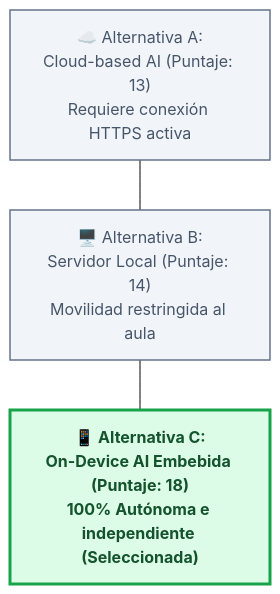
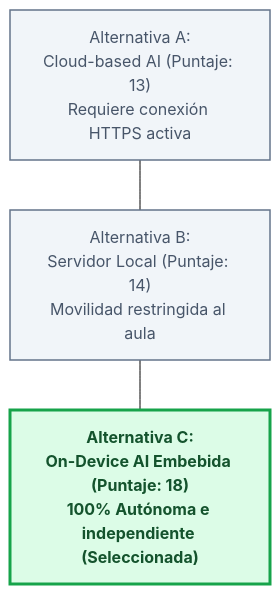
Before and after one commit to jhanslarico11/Perfil-de-Egreso: the third of 4 diagrams in docs/ChristianRafaelMamaniCallata/entregable2.md, drawn with Mermaid (forest theme). The commit also changed other lines of this file and 4 other files, not shown here.

Commit message:
Remocion de emojis de los diagramas Mermaid para una apariencia academica limpia

````diff
--- a/docs/ChristianRafaelMamaniCallata/entregable2.md
+++ b/docs/ChristianRafaelMamaniCallata/entregable2.md
@@ -183,12 +183,12 @@
 ```mermaid
 graph TD
     classDef sel fill:#dcfce7,stroke:#16a34a,stroke-width:3px,color:#14532d,font-weight:bold;
     classDef nor fill:#f1f5f9,stroke:#64748b,stroke-width:1.5px,color:#475569;
 
-    A["☁️ Alternativa A:<br>Cloud-based AI (Puntaje: 13)<br>Requiere conexión HTTPS activa"]:::nor
-    B["🖥️ Alternativa B:<br>Servidor Local (Puntaje: 14)<br>Movilidad restringida al aula"]:::nor
-    C["📱 Alternativa C:<br>On-Device AI Embebida (Puntaje: 18)<br>100% Autónoma e independiente (Seleccionada)"]:::sel
+    A["Alternativa A:<br>Cloud-based AI (Puntaje: 13)<br>Requiere conexión HTTPS activa"]:::nor
+    B["Alternativa B:<br>Servidor Local (Puntaje: 14)<br>Movilidad restringida al aula"]:::nor
+    C["Alternativa C:<br>On-Device AI Embebida (Puntaje: 18)<br>100% Autónoma e independiente (Seleccionada)"]:::sel
 
     A --- B
     B --- C
 ```
````
